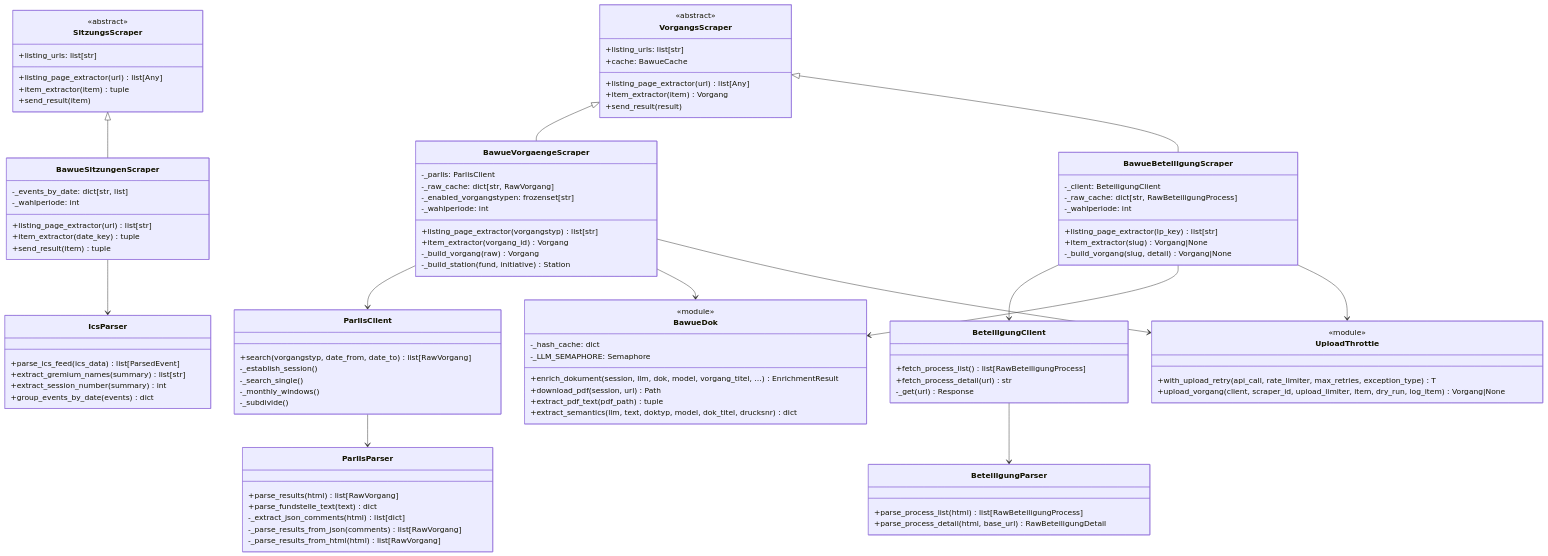
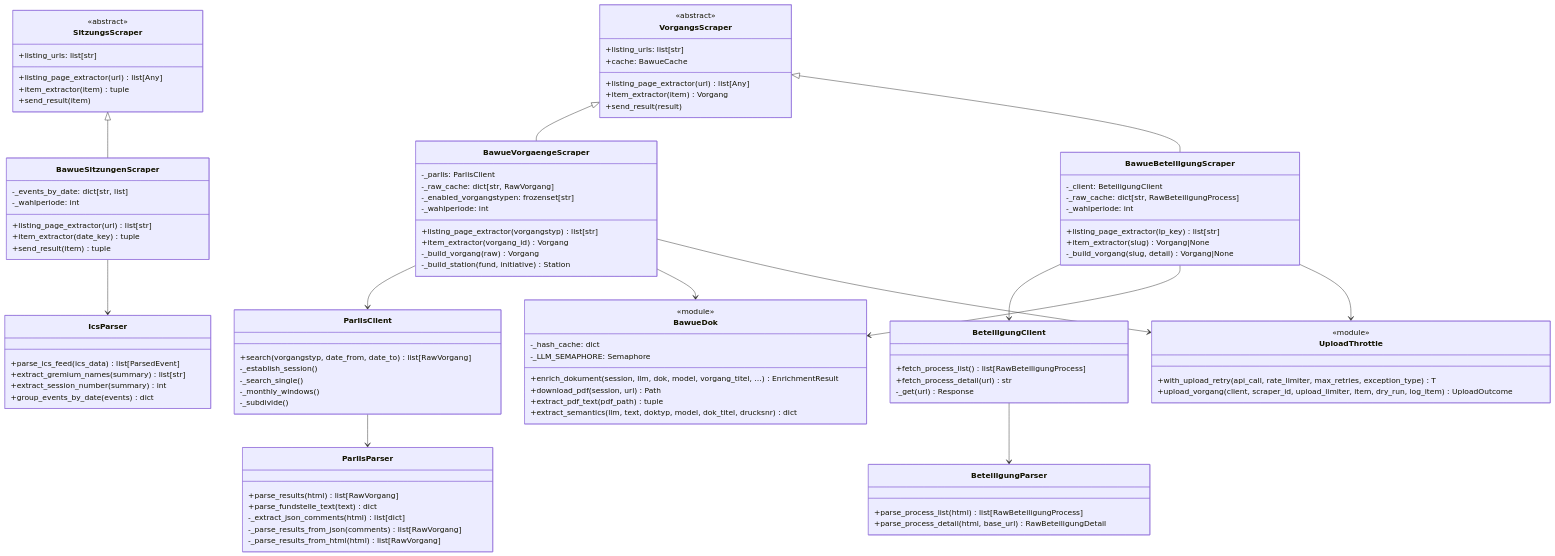
The third of 4 diagrams in docs/architecture.md (Parlamentszusammenfasser/pazufa-scraper-bw), drawn with Mermaid before and after one commit.

Commit message:
docs: upload_vorgang returns UploadOutcome
Refs #130

```diff
--- a/docs/architecture.md
+++ b/docs/architecture.md
@@ -235,7 +235,7 @@
     class UploadThrottle {
         <<module>>
         +with_upload_retry(api_call, rate_limiter, max_retries, exception_type) T
-        +upload_vorgang(client, scraper_id, upload_limiter, item, dry_run, log_item) Vorgang|None
+        +upload_vorgang(client, scraper_id, upload_limiter, item, dry_run, log_item) UploadOutcome
     }
 
     BawueVorgaengeScraper --> ParlisClient
```
